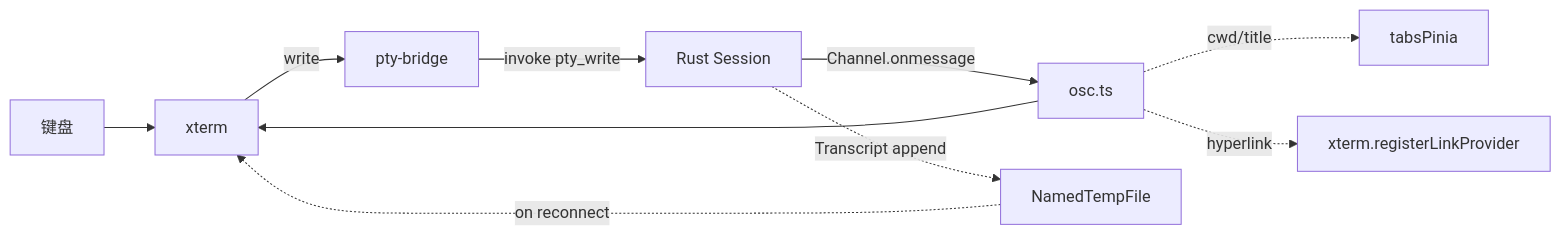
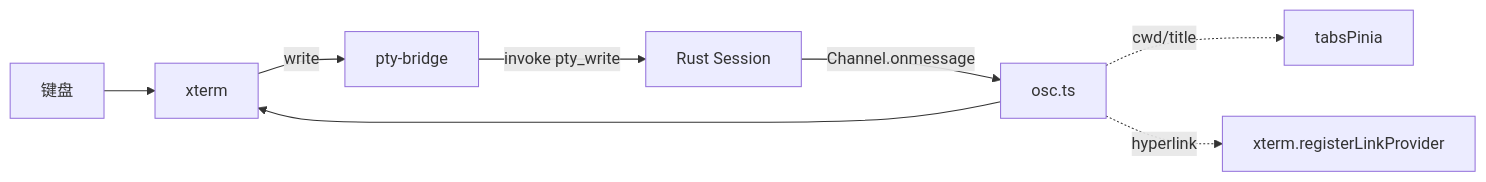
One commit to xinggaoya/nexterm changed the diagram in docs/architecture/terminal/README.md. Above: the diagram before and after it, drawn with Mermaid. The commit also changed other lines of this file and 136 other files, not shown here.

````diff
--- a/docs/architecture/terminal/README.md
+++ b/docs/architecture/terminal/README.md
@@ -174,12 +173,10 @@
 ```mermaid
 graph LR
   K[键盘] --> X[xterm]
   X -->|write| B[pty-bridge]
   B -->|invoke pty_write| R[Rust Session]
   R -->|Channel.onmessage| OSC[osc.ts]
   OSC --> X
   OSC -.->|cwd/title| TAB[tabsPinia]
   OSC -.->|hyperlink| LINK[xterm.registerLinkProvider]
-  R -.->|Transcript append| T[NamedTempFile]
-  T -.->|on reconnect| X
 ```
````
